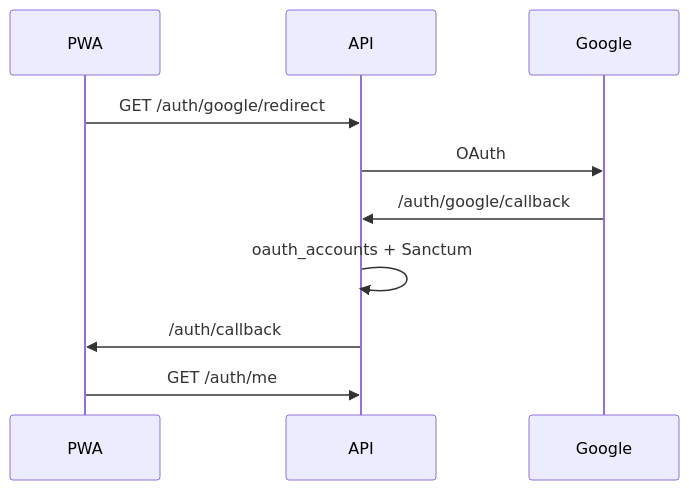
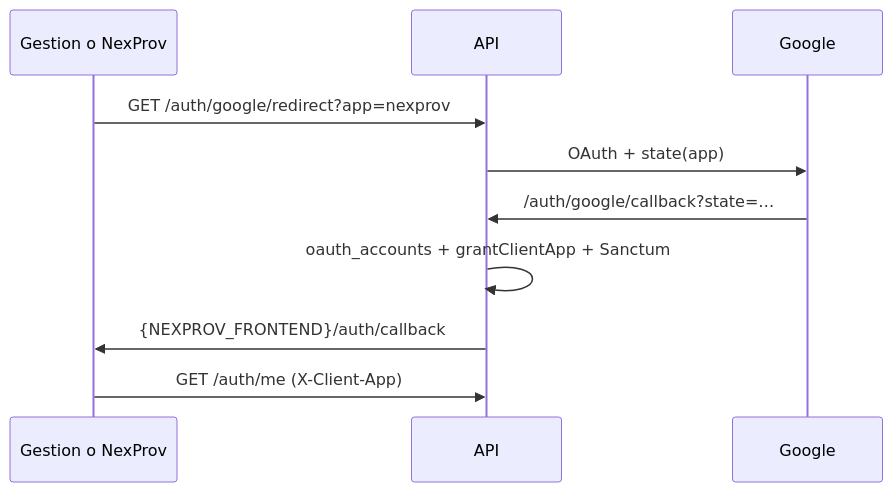
The diagram in docs/context/platform-auth-socialite.md (sistemassjs/api-proveedores), drawn with Mermaid before and after one commit. The commit also changed other lines of this file and 8 other files, not shown here.

First line of the commit message:
feat(auth): implement multi-app OAuth flow with Google

````diff
--- a/docs/context/platform-auth-socialite.md
+++ b/docs/context/platform-auth-socialite.md
@@ -27,12 +29,12 @@
 ```mermaid
 sequenceDiagram
-  participant PWA
+  participant PWA as Gestion o NexProv
   participant API
   participant Google
-  PWA->>API: GET /auth/google/redirect
-  API->>Google: OAuth
-  Google->>API: /auth/google/callback
-  API->>API: oauth_accounts + Sanctum
-  API->>PWA: /auth/callback#token=…
-  PWA->>API: GET /auth/me
+  PWA->>API: GET /auth/google/redirect?app=nexprov
+  API->>Google: OAuth + state(app)
+  Google->>API: /auth/google/callback?state=…
+  API->>API: oauth_accounts + grantClientApp + Sanctum
+  API->>PWA: {NEXPROV_FRONTEND}/auth/callback#token=…
+  PWA->>API: GET /auth/me (X-Client-App)
 ```
````
